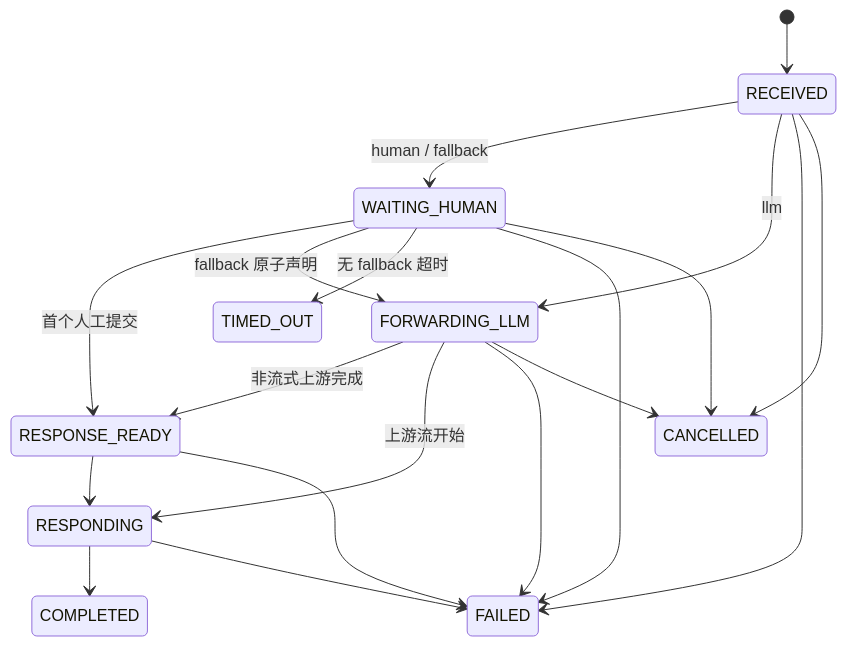
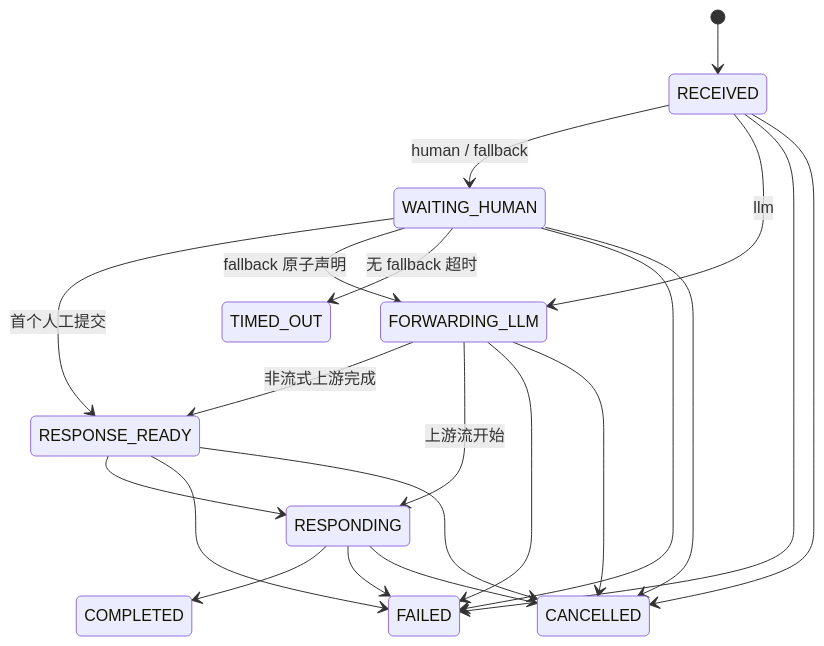
Before and after one commit to GuSheng107/human-llm-gateway: the ninth of 10 diagrams in docs/ARCHITECTURE.md, drawn with Mermaid. The commit also changed other lines of this file and 8 other files, not shown here.

Commit message:
docs: 修订 M1 边界与后续路线图

````diff
--- a/docs/ARCHITECTURE.md
+++ b/docs/ARCHITECTURE.md
@@ -259,21 +280,23 @@
 ```mermaid
 stateDiagram-v2
     [*] --> RECEIVED
     RECEIVED --> WAITING_HUMAN: human / fallback
     RECEIVED --> FORWARDING_LLM: llm
     WAITING_HUMAN --> RESPONSE_READY: 首个人工提交
     WAITING_HUMAN --> FORWARDING_LLM: fallback 原子声明
     WAITING_HUMAN --> TIMED_OUT: 无 fallback 超时
     FORWARDING_LLM --> RESPONSE_READY: 非流式上游完成
     FORWARDING_LLM --> RESPONDING: 上游流开始
     RESPONSE_READY --> RESPONDING
     RESPONDING --> COMPLETED
     RECEIVED --> FAILED
     WAITING_HUMAN --> FAILED
     FORWARDING_LLM --> FAILED
     RESPONSE_READY --> FAILED
     RESPONDING --> FAILED
     RECEIVED --> CANCELLED
     WAITING_HUMAN --> CANCELLED
     FORWARDING_LLM --> CANCELLED
+    RESPONSE_READY --> CANCELLED
+    RESPONDING --> CANCELLED
 ```
````
